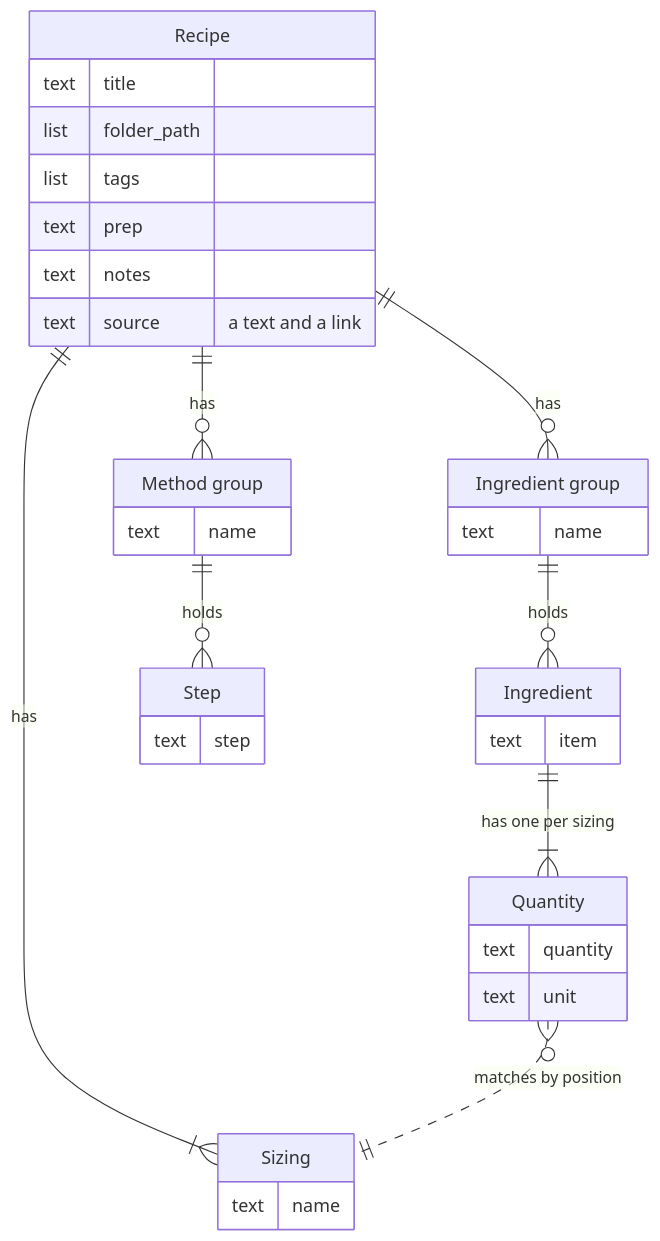
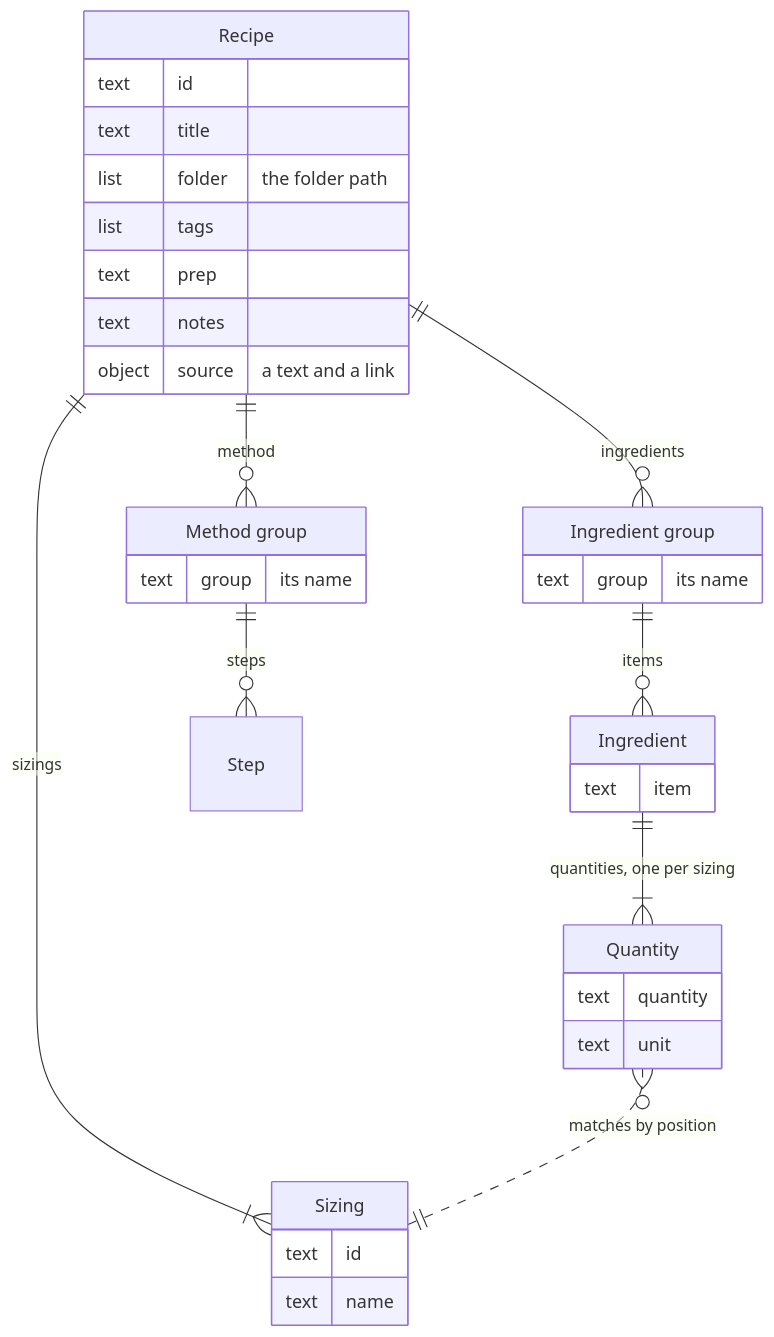
One commit to sebbogle/rosa changed the first of 2 diagrams in docs/architecture/data-model.md. Above: the diagram before and after it, drawn with Mermaid. The commit also changed other lines of this file and 2 other files, not shown here.

Commit message:
Correct the recipe shape, import refusals and the deletion marker
Show the recipe's real keys and both ids in the shape diagram, list
every way an imported file is refused and what the gate checks and
tidies, and say that a deletion marker makes import ask rather than
restore.

````diff
--- a/docs/architecture/data-model.md
+++ b/docs/architecture/data-model.md
@@ -9,38 +9,38 @@
 ```mermaid
 erDiagram
-    RECIPE ||--|{ SIZING : has
-    RECIPE ||--o{ INGREDIENT_GROUP : has
-    INGREDIENT_GROUP ||--o{ INGREDIENT : holds
-    INGREDIENT ||--|{ QUANTITY : "has one per sizing"
+    RECIPE ||--|{ SIZING : sizings
+    RECIPE ||--o{ INGREDIENT_GROUP : ingredients
+    INGREDIENT_GROUP ||--o{ INGREDIENT : items
+    INGREDIENT ||--|{ QUANTITY : "quantities, one per sizing"
     QUANTITY }o..|| SIZING : "matches by position"
-    RECIPE ||--o{ METHOD_GROUP : has
-    METHOD_GROUP ||--o{ STEP : holds
+    RECIPE ||--o{ METHOD_GROUP : method
+    METHOD_GROUP ||--o{ STEP : steps
 
     RECIPE["Recipe"] {
+        text id
         text title
-        list folder_path
+        list folder "the folder path"
         list tags
         text prep
         text notes
-        text source "a text and a link"
+        object source "a text and a link"
     }
     SIZING["Sizing"] {
+        text id
         text name
     }
     INGREDIENT_GROUP["Ingredient group"] {
-        text name
+        text group "its name"
     }
     INGREDIENT["Ingredient"] {
         text item
     }
     QUANTITY["Quantity"] {
         text quantity
         text unit
     }
     METHOD_GROUP["Method group"] {
-        text name
+        text group "its name"
     }
-    STEP["Step"] {
-        text step
-    }
+    STEP["Step"]
 ```
````
